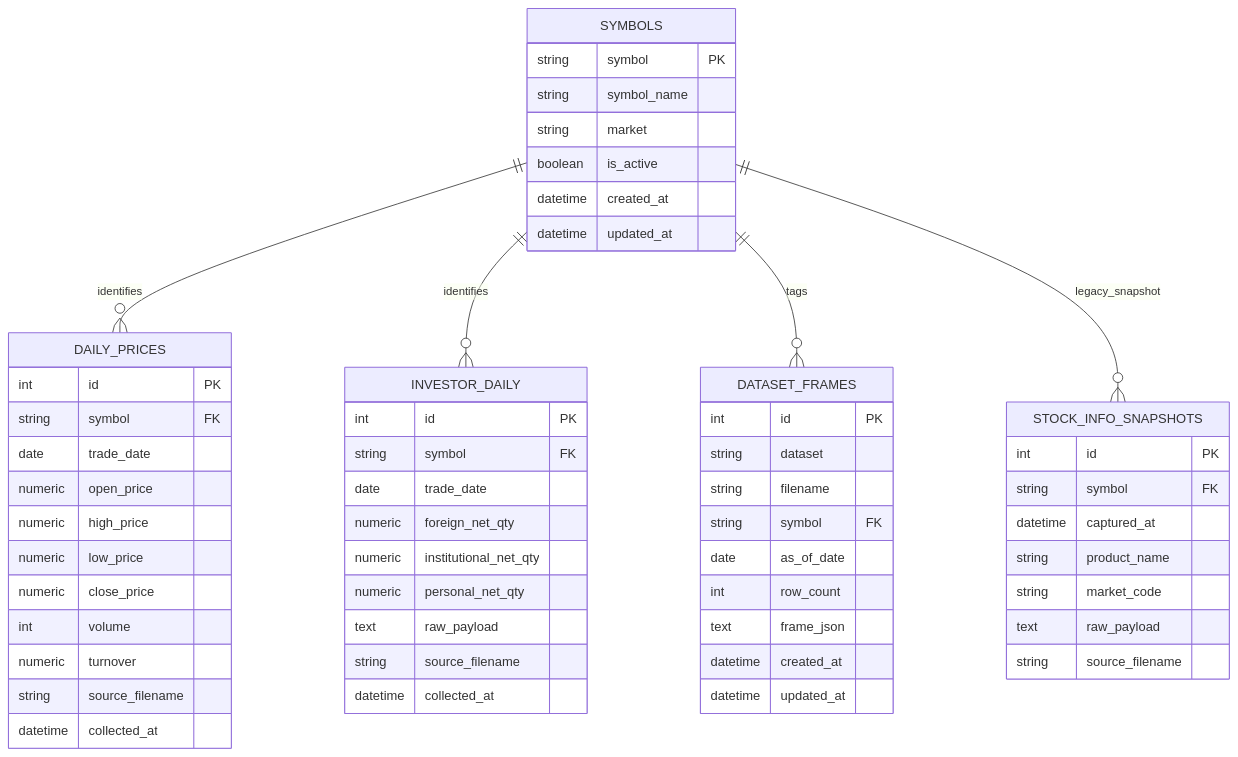
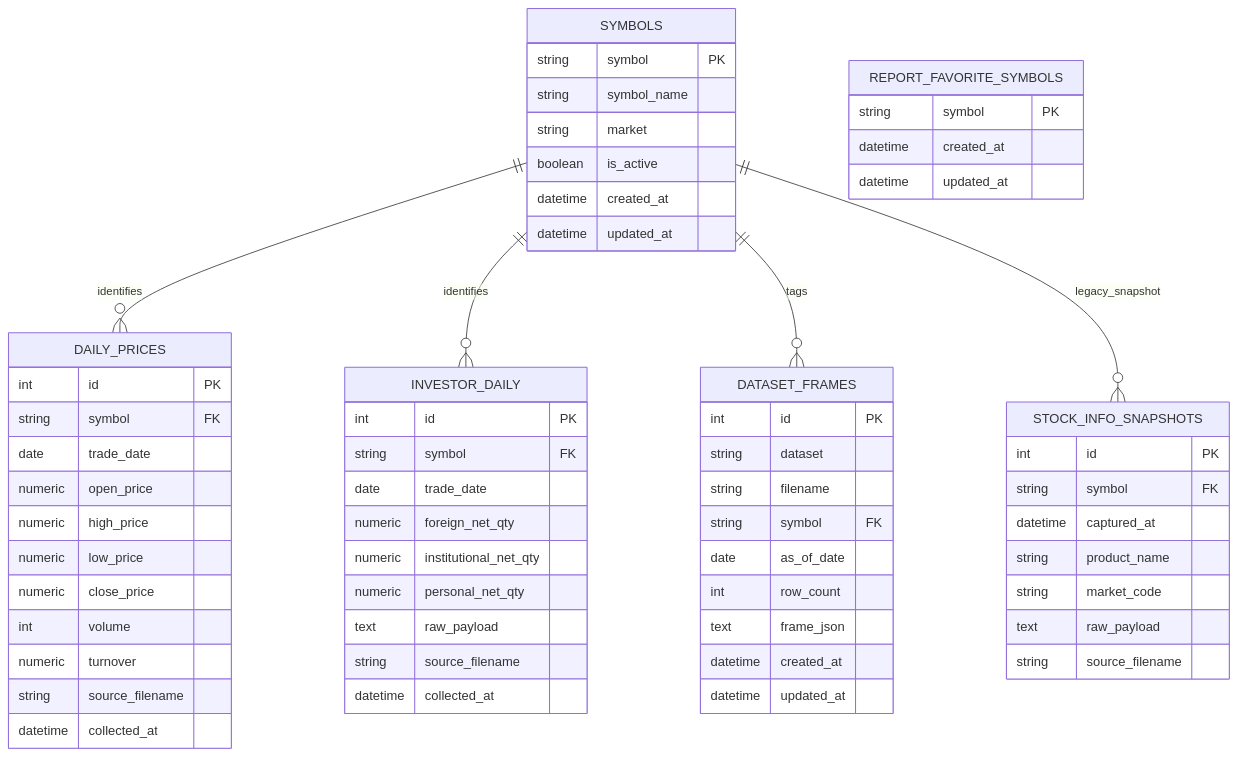
One commit to dydwnsekd/invest_bot changed the diagram in docs/architecture/db_migration_erd.md. Above: the diagram before and after it, drawn with Mermaid. The commit also changed other lines of this file and 13 other files, not shown here.

````diff
--- a/docs/architecture/db_migration_erd.md
+++ b/docs/architecture/db_migration_erd.md
@@ -15,64 +15,70 @@
 ```mermaid
 erDiagram
     SYMBOLS ||--o{ DAILY_PRICES : identifies
     SYMBOLS ||--o{ INVESTOR_DAILY : identifies
     SYMBOLS ||--o{ DATASET_FRAMES : tags
     SYMBOLS ||--o{ STOCK_INFO_SNAPSHOTS : legacy_snapshot
 
     SYMBOLS {
         string symbol PK
         string symbol_name
         string market
         boolean is_active
         datetime created_at
         datetime updated_at
     }
 
     DAILY_PRICES {
         int id PK
         string symbol FK
         date trade_date
         numeric open_price
         numeric high_price
         numeric low_price
         numeric close_price
         int volume
         numeric turnover
         string source_filename
         datetime collected_at
     }
 
     INVESTOR_DAILY {
         int id PK
         string symbol FK
         date trade_date
         numeric foreign_net_qty
         numeric institutional_net_qty
         numeric personal_net_qty
         text raw_payload
         string source_filename
         datetime collected_at
     }
 
     DATASET_FRAMES {
         int id PK
         string dataset
         string filename
         string symbol FK
         date as_of_date
         int row_count
         text frame_json
         datetime created_at
         datetime updated_at
     }
 
     STOCK_INFO_SNAPSHOTS {
         int id PK
         string symbol FK
         datetime captured_at
         string product_name
         string market_code
         text raw_payload
         string source_filename
     }
+
+    REPORT_FAVORITE_SYMBOLS {
+        string symbol PK
+        datetime created_at
+        datetime updated_at
+    }
 ```
````
